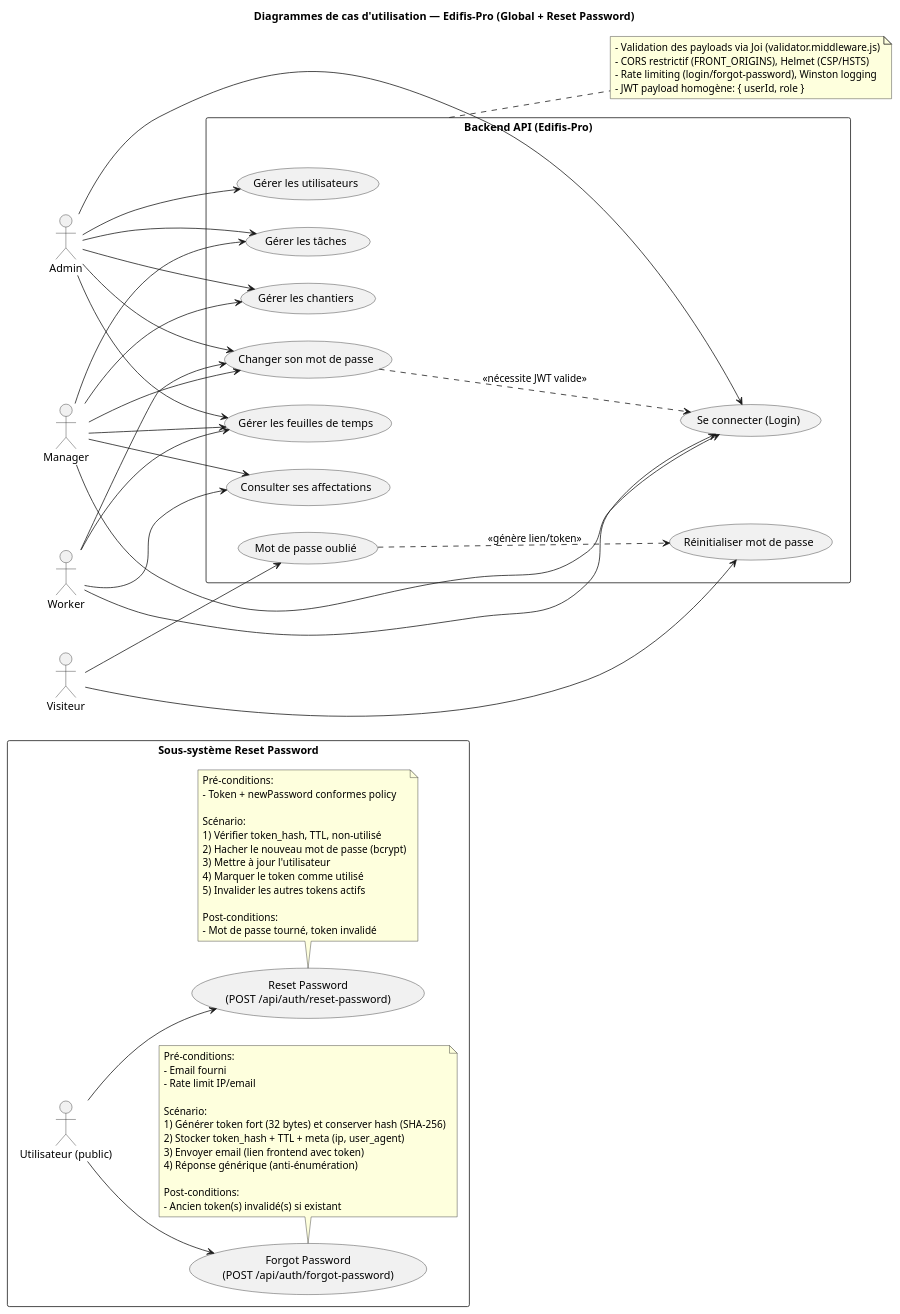
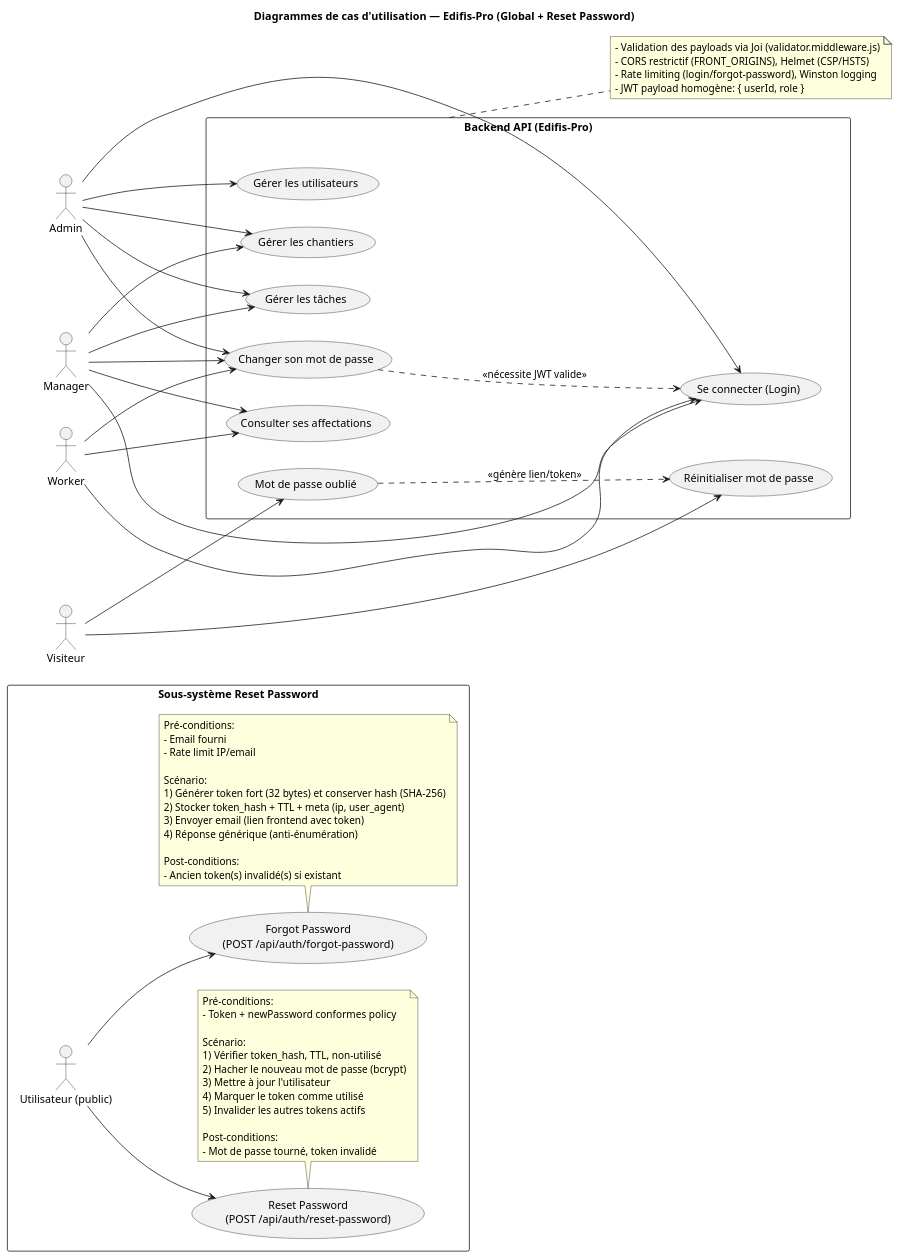
One commit to SmiledPolecat34/Edifis-Pro changed the diagram in docs/uml-usecases.puml. Above: the diagram before and after it, drawn with PlantUML. The commit also changed 57 other files, not shown here.

First line of the commit message:
Add stage report and update UML use cases; implement Cypress tests

```diff
--- a/docs/uml-usecases.puml
+++ b/docs/uml-usecases.puml
@@ -1,104 +1,104 @@
 @startuml
 title Diagrammes de cas d'utilisation — Edifis-Pro (Global + Reset Password)
 
 left to right direction
 skinparam packageStyle rectangle
 skinparam shadowing false
 
 actor "Admin" as Admin
 actor "Manager" as Manager
 actor "Worker" as Worker
 actor "Visiteur" as Visitor
 
 rectangle "Backend API (Edifis-Pro)" as System {
   usecase "Se connecter (Login)" as UC_Login
   usecase "Changer son mot de passe" as UC_ChangePwd
   usecase "Mot de passe oublié" as UC_ForgotPwd
   usecase "Réinitialiser mot de passe" as UC_ResetPwd
 
   usecase "Gérer les utilisateurs" as UC_Users
   usecase "Gérer les chantiers" as UC_Sites
   usecase "Gérer les tâches" as UC_Tasks
-  usecase "Gérer les feuilles de temps" as UC_Timesheets
+  
   usecase "Consulter ses affectations" as UC_ViewAssignments
 }
 
 ' Droits / Rôles
 Admin --> UC_Users
 Admin --> UC_Sites
 Admin --> UC_Tasks
-Admin --> UC_Timesheets
+
 Admin --> UC_Login
 Admin --> UC_ChangePwd
 
 Manager --> UC_Sites
 Manager --> UC_Tasks
-Manager --> UC_Timesheets
+
 Manager --> UC_ViewAssignments
 Manager --> UC_Login
 Manager --> UC_ChangePwd
 
 Worker --> UC_ViewAssignments
-Worker --> UC_Timesheets
+
 Worker --> UC_Login
 Worker --> UC_ChangePwd
 
 Visitor --> UC_ForgotPwd
 Visitor --> UC_ResetPwd
 
 ' Relations entre cas d'utilisation
 UC_ForgotPwd ..> UC_ResetPwd : <<génère lien/token>>
 UC_ChangePwd ..> UC_Login : <<nécessite JWT valide>>
 
 ' Notes sécurité globales
 note right of System
 - Validation des payloads via Joi (validator.middleware.js)
 - CORS restrictif (FRONT_ORIGINS), Helmet (CSP/HSTS)
 - Rate limiting (login/forgot-password), Winston logging
 - JWT payload homogène: { userId, role }
 end note
 
 ' ------------------------------
 ' Cas d'utilisation détaillé: Reset Password
 ' ------------------------------
 rectangle "Sous-système Reset Password" as ResetFlow {
   actor "Utilisateur (public)" as PublicUser
 
   usecase "Forgot Password\n(POST /api/auth/forgot-password)" as UC_FP
   usecase "Reset Password\n(POST /api/auth/reset-password)" as UC_RP
 
   PublicUser --> UC_FP
   PublicUser --> UC_RP
 
   note bottom of UC_FP
   Pré-conditions:
   - Email fourni
   - Rate limit IP/email
 
   Scénario:
   1) Générer token fort (32 bytes) et conserver hash (SHA-256)
   2) Stocker token_hash + TTL + meta (ip, user_agent)
   3) Envoyer email (lien frontend avec token)
   4) Réponse générique (anti-énumération)
 
   Post-conditions:
   - Ancien token(s) invalidé(s) si existant
   end note
 
   note bottom of UC_RP
   Pré-conditions:
   - Token + newPassword conformes policy
 
   Scénario:
   1) Vérifier token_hash, TTL, non-utilisé
   2) Hacher le nouveau mot de passe (bcrypt)
   3) Mettre à jour l'utilisateur
   4) Marquer le token comme utilisé
   5) Invalider les autres tokens actifs
 
   Post-conditions:
   - Mot de passe tourné, token invalidé
   end note
 }
 
 @enduml
```
